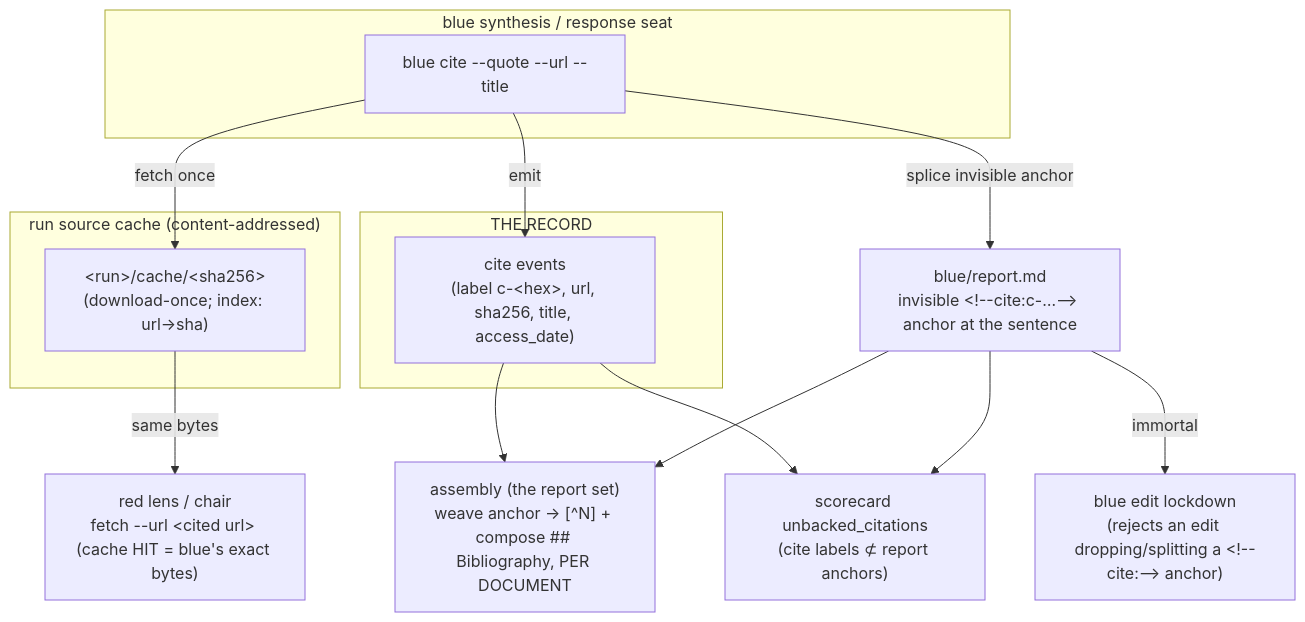
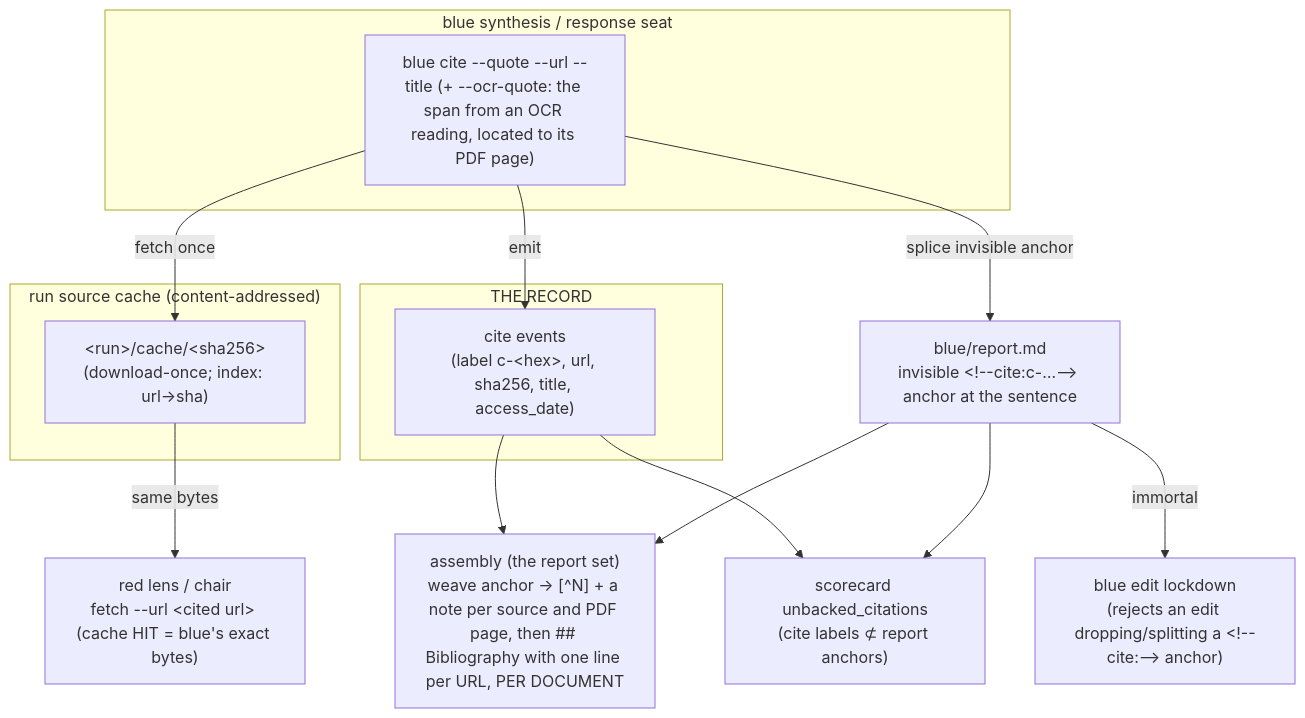
One commit to ctoforaday/special-circumstances changed the third of 3 diagrams in plugins/frank-exchange-of-views/docs/record-flow.md. Above: the diagram before and after it, drawn with Mermaid. The commit also changed 78 other files, not shown here.

````diff
--- a/plugins/frank-exchange-of-views/docs/record-flow.md
+++ b/plugins/frank-exchange-of-views/docs/record-flow.md
@@ -90,27 +90,27 @@
 ```mermaid
 flowchart TB
   subgraph blue["blue synthesis / response seat"]
-    BC["blue cite --quote --url --title"]
+    BC["blue cite --quote --url --title (+ --ocr-quote: the span from an OCR reading, located to its PDF page)"]
   end
   subgraph cache["run source cache (content-addressed)"]
     CF["&lt;run&gt;/cache/&lt;sha256&gt;<br/>(download-once; index: url→sha)"]
   end
   subgraph record["THE RECORD"]
     CEV["cite events<br/>(label c-&lt;hex&gt;, url, sha256, title, access_date)"]
   end
   RPT["blue/report.md<br/>invisible &lt;!--cite:c-…--&gt; anchor at the sentence"]
   RED["red lens / chair<br/>fetch --url &lt;cited url&gt; (cache HIT = blue's exact bytes)"]
-  ASM["assembly (the report set)<br/>weave anchor → [^N] + compose ## Bibliography, PER DOCUMENT"]
+  ASM["assembly (the report set)<br/>weave anchor → [^N] + a note per source and PDF page, then ## Bibliography with one line per URL, PER DOCUMENT"]
   DET["scorecard unbacked_citations<br/>(cite labels ⊄ report anchors)"]
   LOCK["blue edit lockdown<br/>(rejects an edit dropping/splitting a &lt;!--cite:--&gt; anchor)"]
 
   BC -->|fetch once| CF
   BC -->|emit| CEV
   BC -->|splice invisible anchor| RPT
   CF -->|same bytes| RED
   RPT -->|immortal| LOCK
   CEV --> ASM
   RPT --> ASM
   CEV --> DET
   RPT --> DET
 ```
````
